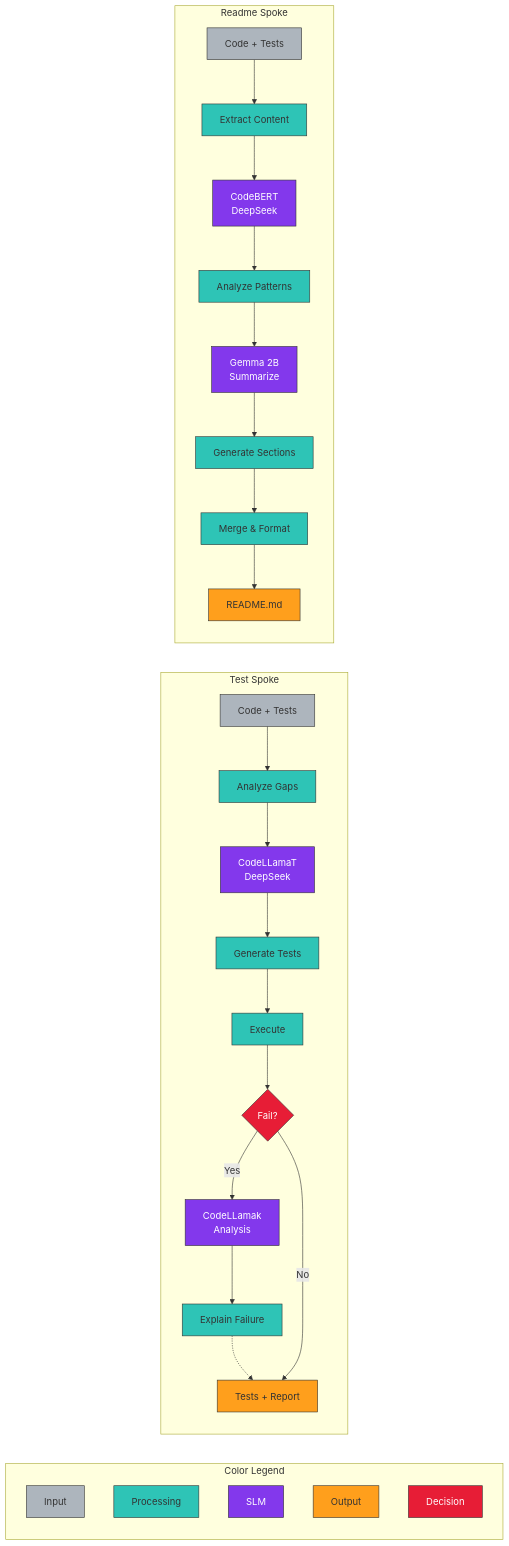
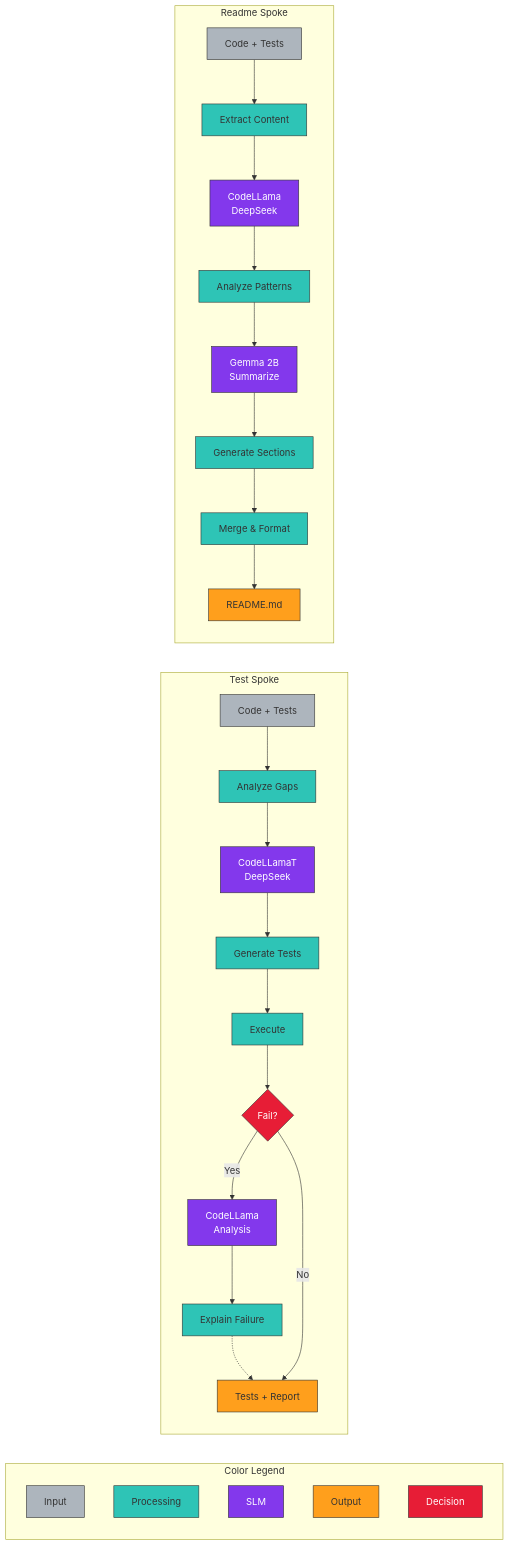
One commit to Drecoder/spoke-tool changed the diagram in docs/diagrams/comparison-flow.mmd. Above: the diagram before and after it, drawn with Mermaid. The commit also changed other lines of this file, not shown here.

Commit message:
Fix formatting issues in comparison-flow diagram

```diff
--- a/docs/diagrams/comparison-flow.mmd
+++ b/docs/diagrams/comparison-flow.mmd
@@ -1,58 +1,58 @@
 graph LR
     subgraph Legend [Color Legend]
         L1[Input]:::input
         L2[Processing]:::phase
         L3[SLM]:::slm
         L4[Output]:::output
         L5[Decision]:::decision
     end
 
     subgraph TestSpoke [Test Spoke]
         direction TB
         T_In[Code + Tests]:::input
         T_Analyze[Analyze Gaps]:::phase
         T_SLM1[CodeLLamaT<br/>DeepSeek]:::slm
         T_Generate[Generate Tests]:::phase
         T_Run[Execute]:::phase
         T_Decision{Fail?}:::decision
-        T_SLM2[CodeLLamak<br/>Analysis]:::slm
+        T_SLM2[CodeLLama<br/>Analysis]:::slm
         T_Explain[Explain Failure]:::phase
         T_Out[Tests + Report]:::output
         
         T_In --> T_Analyze
         T_Analyze --> T_SLM1
         T_SLM1 --> T_Generate
         T_Generate --> T_Run
         T_Run --> T_Decision
         T_Decision -->|Yes| T_SLM2
         T_SLM2 --> T_Explain
         T_Explain -.-> T_Out
         T_Decision -->|No| T_Out
     end
     
     subgraph DocSpoke [Readme Spoke]
         direction TB
         D_In[Code + Tests]:::input
         D_Extract[Extract Content]:::phase
-        D_SLM1[CodeBERT<br/>DeepSeek]:::slm
+        D_SLM1[CodeLLama<br/>DeepSeek]:::slm
         D_Analyze[Analyze Patterns]:::phase
         D_SLM2[Gemma 2B<br/>Summarize]:::slm
         D_Generate[Generate Sections]:::phase
         D_Merge[Merge & Format]:::phase
         D_Out[README.md]:::output
         
         D_In --> D_Extract
         D_Extract --> D_SLM1
         D_SLM1 --> D_Analyze
         D_Analyze --> D_SLM2
         D_SLM2 --> D_Generate
         D_Generate --> D_Merge
         D_Merge --> D_Out
     end
 
     classDef input fill:#adb5bd,stroke:#333,color:#333
     classDef phase fill:#2ec4b6,stroke:#333,color:#333
     classDef slm fill:#8338ec,stroke:#333,color:#fff
     classDef output fill:#ff9f1c,stroke:#333,color:#333
 
     classDef decision fill:#e71d36,stroke:#333,color:#fff
```
